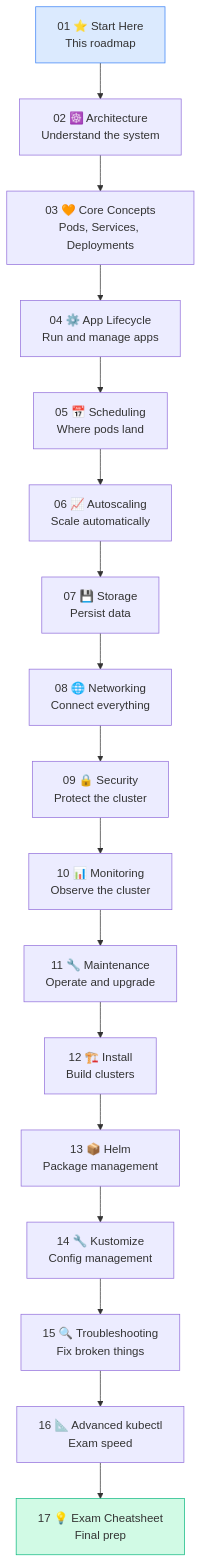
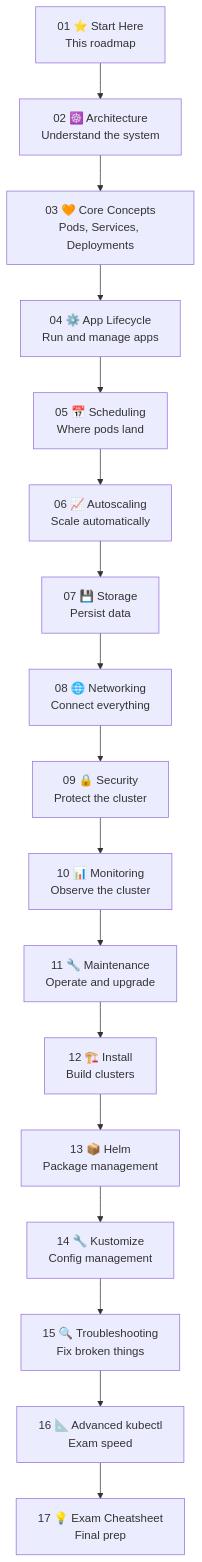
The first of 2 diagrams in content/cka/01-start-here-cka-learning-roadmap/overview/overview.md (Gautam4424/k8slearn-content), drawn with Mermaid before and after one commit. The commit also changed 40 other files, not shown here.

Commit message:
chore: fix mermaid style regex

````diff
--- a/content/cka/01-start-here-cka-learning-roadmap/overview/overview.md
+++ b/content/cka/01-start-here-cka-learning-roadmap/overview/overview.md
@@ -23,22 +23,19 @@
 ```mermaid
 flowchart TD
     A["01 ⭐ Start Here\nThis roadmap"] --> B["02 ☸️ Architecture\nUnderstand the system"]
     B --> C["03 🧡 Core Concepts\nPods, Services, Deployments"]
     C --> D["04 ⚙️ App Lifecycle\nRun and manage apps"]
     D --> E["05 📅 Scheduling\nWhere pods land"]
     E --> F["06 📈 Autoscaling\nScale automatically"]
     F --> G["07 💾 Storage\nPersist data"]
     G --> H["08 🌐 Networking\nConnect everything"]
     H --> I["09 🔒 Security\nProtect the cluster"]
     I --> J["10 📊 Monitoring\nObserve the cluster"]
     J --> K["11 🔧 Maintenance\nOperate and upgrade"]
     K --> L["12 🏗️ Install\nBuild clusters"]
     L --> M["13 📦 Helm\nPackage management"]
     M --> N["14 🔧 Kustomize\nConfig management"]
     N --> O["15 🔍 Troubleshooting\nFix broken things"]
     O --> P["16 📐 Advanced kubectl\nExam speed"]
     P --> Q["17 💡 Exam Cheatsheet\nFinal prep"]
-
-    style A fill:#dbeafe,stroke:#3b82f6
-    style Q fill:#d1fae5,stroke:#10b981
 ```
````
